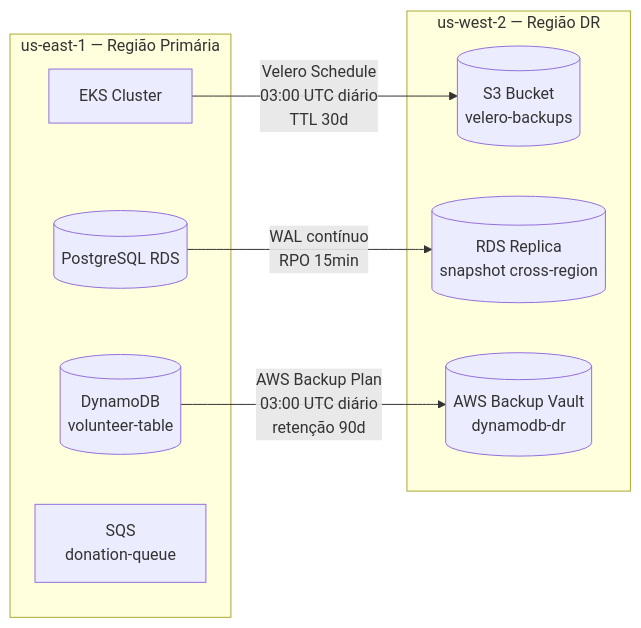
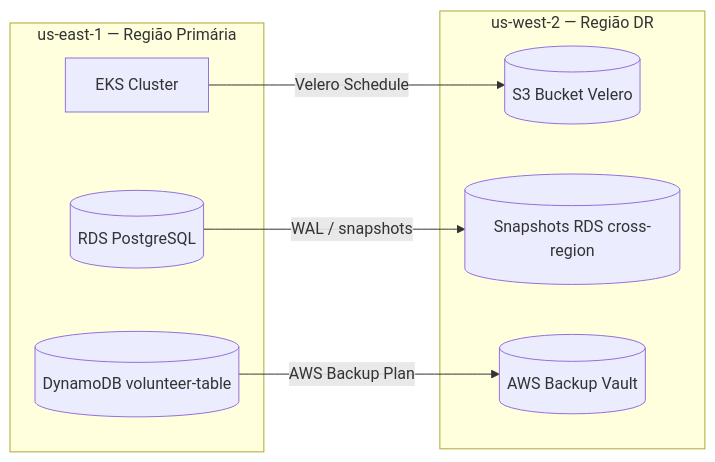
Before and after one commit to rodx64/pos_arch: the diagram in fase_5/tech_challenge/solidary-tech/docs/docs/disaster-recovery.md, drawn with Mermaid. The commit also changed other lines of this file and 2 other files, not shown here.

````diff
--- a/fase_5/tech_challenge/solidary-tech/docs/docs/disaster-recovery.md
+++ b/fase_5/tech_challenge/solidary-tech/docs/docs/disaster-recovery.md
@@ -26,19 +33,18 @@
 ```mermaid
 flowchart LR
     subgraph Primary["us-east-1 — Região Primária"]
         EKS[EKS Cluster]
-        RDS[(PostgreSQL RDS)]
-        DDB[(DynamoDB\nvolunteer-table)]
-        SQS[SQS\ndonation-queue]
+        RDS[(RDS PostgreSQL)]
+        DDB[(DynamoDB volunteer-table)]
     end
 
     subgraph DR["us-west-2 — Região DR"]
-        S3[(S3 Bucket\nvelero-backups)]
-        RDSSR[(RDS Replica\nsnapshot cross-region)]
-        VAULT[(AWS Backup Vault\ndynamodb-dr)]
+        S3[(S3 Bucket Velero)]
+        RDSSR[(Snapshots RDS cross-region)]
+        VAULT[(AWS Backup Vault)]
     end
 
-    EKS -- "Velero Schedule\n03:00 UTC diário\nTTL 30d" --> S3
-    RDS -- "WAL contínuo\nRPO 15min" --> RDSSR
-    DDB -- "AWS Backup Plan\n03:00 UTC diário\nretenção 90d" --> VAULT
+    EKS -->|Velero Schedule| S3
+    RDS -->|WAL / snapshots| RDSSR
+    DDB -->|AWS Backup Plan| VAULT
 ```
````
